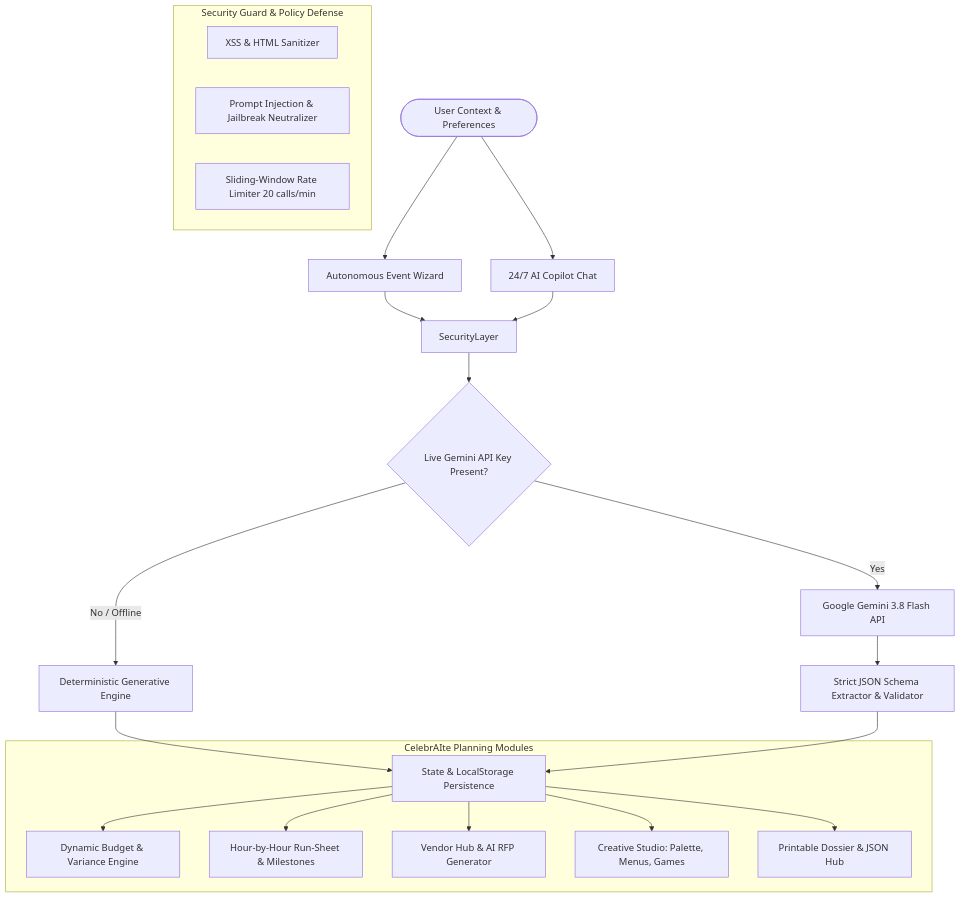
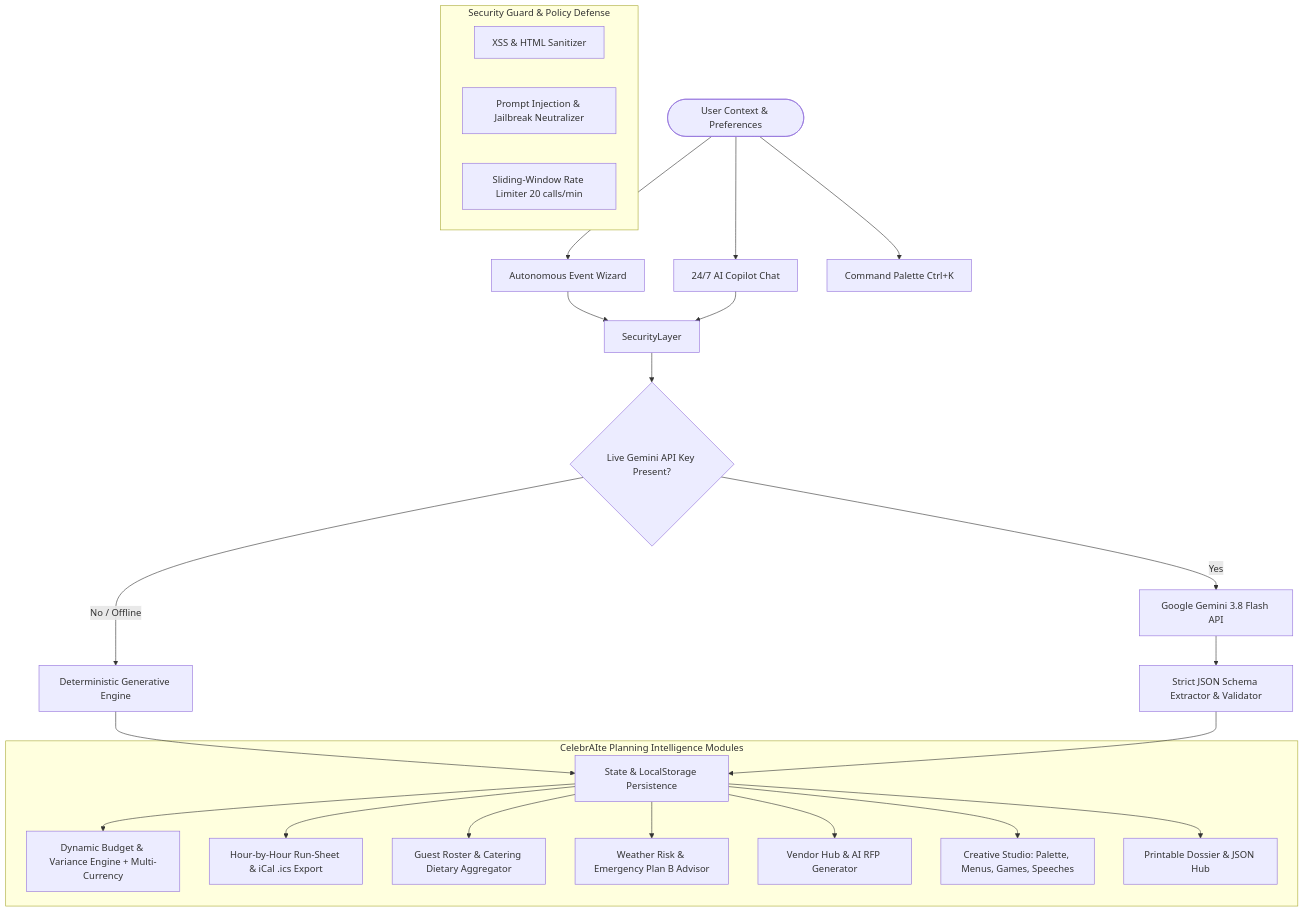
The diagram in README.md (dhanrajgupta2736/celebraite-event-planner), drawn with Mermaid before and after one commit. The commit also changed other lines of this file and 16 other files, not shown here.

Commit message:
feat: expand CelebrAIte PRO with multi-currency, guest RSVPs, weather contingency, iCal export, and 32 tests

````diff
--- a/README.md
+++ b/README.md
@@ -25,31 +26,34 @@
 ```mermaid
 flowchart TD
     User([User Context & Preferences]) --> Wizard[Autonomous Event Wizard]
     User --> LiveChat[24/7 AI Copilot Chat]
+    User --> CmdPalette[Command Palette Ctrl+K]
     
     subgraph Security Layer [Security Guard & Policy Defense]
         InputFilter[XSS & HTML Sanitizer]
         PromptGuard[Prompt Injection & Jailbreak Neutralizer]
         RateLimiter[Sliding-Window Rate Limiter 20 calls/min]
     end
     
     Wizard --> SecurityLayer
     LiveChat --> SecurityLayer
     
     SecurityLayer --> DecisionRouter{Live Gemini API Key Present?}
     
     DecisionRouter -- Yes --> GeminiAPI[Google Gemini 3.8 Flash API]
     DecisionRouter -- No / Offline --> FallbackEngine[Deterministic Generative Engine]
     
     GeminiAPI --> SchemaParser[Strict JSON Schema Extractor & Validator]
     FallbackEngine --> StateEngine[State & LocalStorage Persistence]
     SchemaParser --> StateEngine
     
-    subgraph Core Modules [CelebrAIte Planning Modules]
-        StateEngine --> Budget[Dynamic Budget & Variance Engine]
-        StateEngine --> Timeline[Hour-by-Hour Run-Sheet & Milestones]
+    subgraph Core Modules [CelebrAIte Planning Intelligence Modules]
+        StateEngine --> Budget[Dynamic Budget & Variance Engine + Multi-Currency]
+        StateEngine --> Timeline[Hour-by-Hour Run-Sheet & iCal .ics Export]
+        StateEngine --> Guests[Guest Roster & Catering Dietary Aggregator]
+        StateEngine --> Weather[Weather Risk & Emergency Plan B Advisor]
         StateEngine --> Vendor[Vendor Hub & AI RFP Generator]
-        StateEngine --> Creative[Creative Studio: Palette, Menus, Games]
+        StateEngine --> Creative[Creative Studio: Palette, Menus, Games, Speeches]
         StateEngine --> Export[Printable Dossier & JSON Hub]
     end
 ```
````
